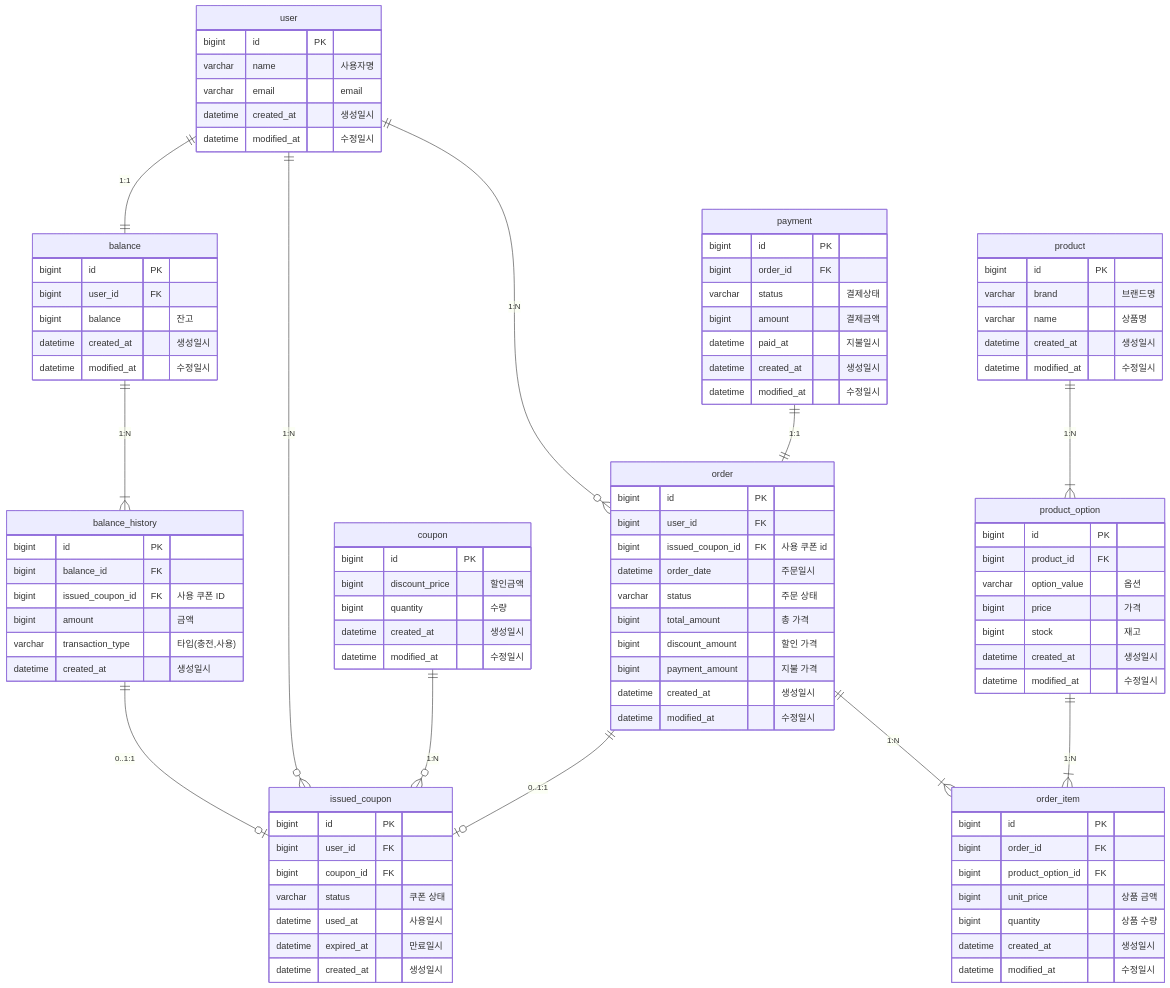
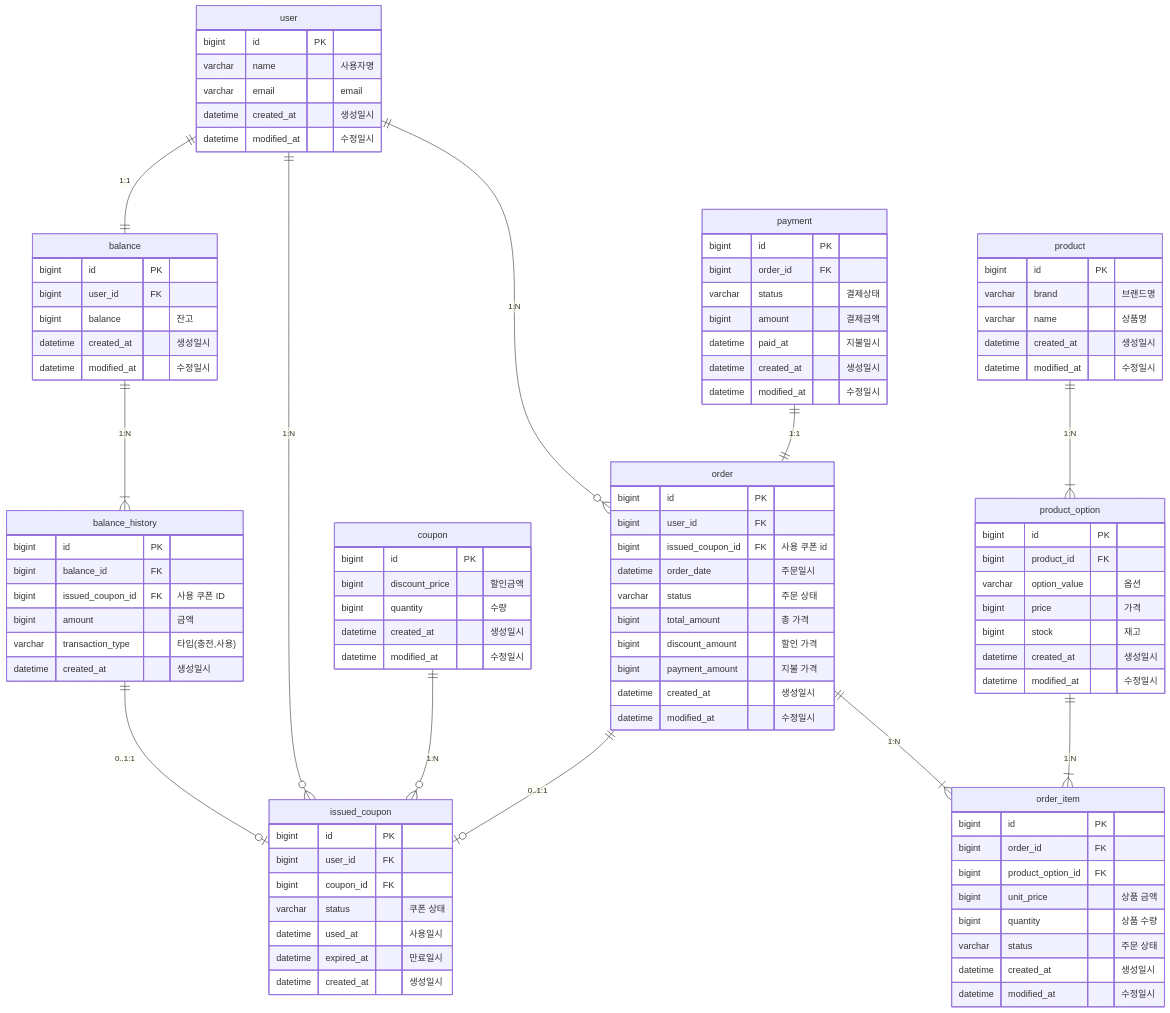
One commit to ch00kh/e-commerce-sercvice changed the diagram in docs/requirements-analysis/erd.md. Above: the diagram before and after it, drawn with Mermaid. The commit also changed 1 other file, not shown here.

Commit message:
docs: 명세 수정

```diff
--- a/docs/requirements-analysis/erd.md
+++ b/docs/requirements-analysis/erd.md
@@ -93,6 +93,7 @@
     bigint product_option_id FK
     bigint unit_price "상품 금액"
     bigint quantity "상품 수량"
+    varchar status "주문 상태"
     datetime created_at "생성일시"
     datetime modified_at "수정일시"
   }
```
